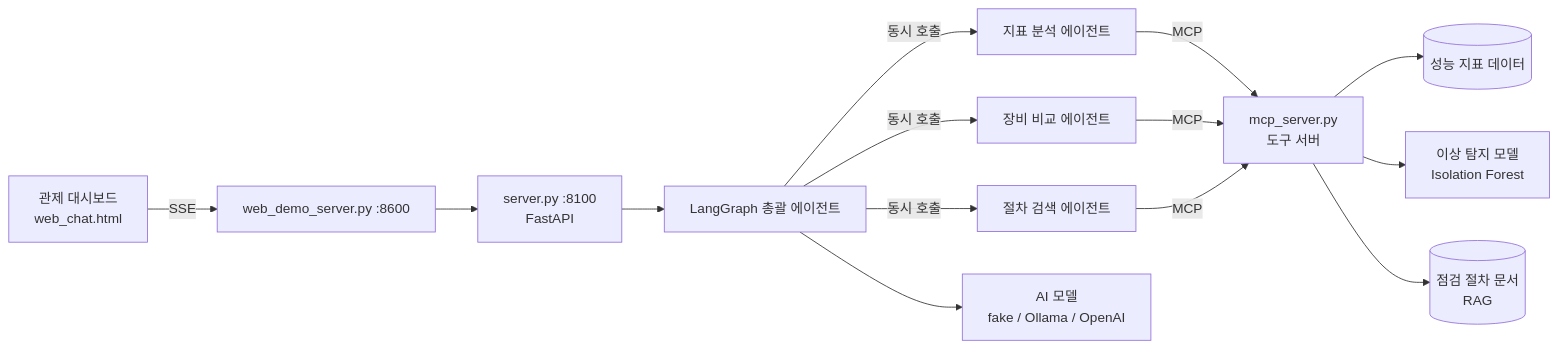
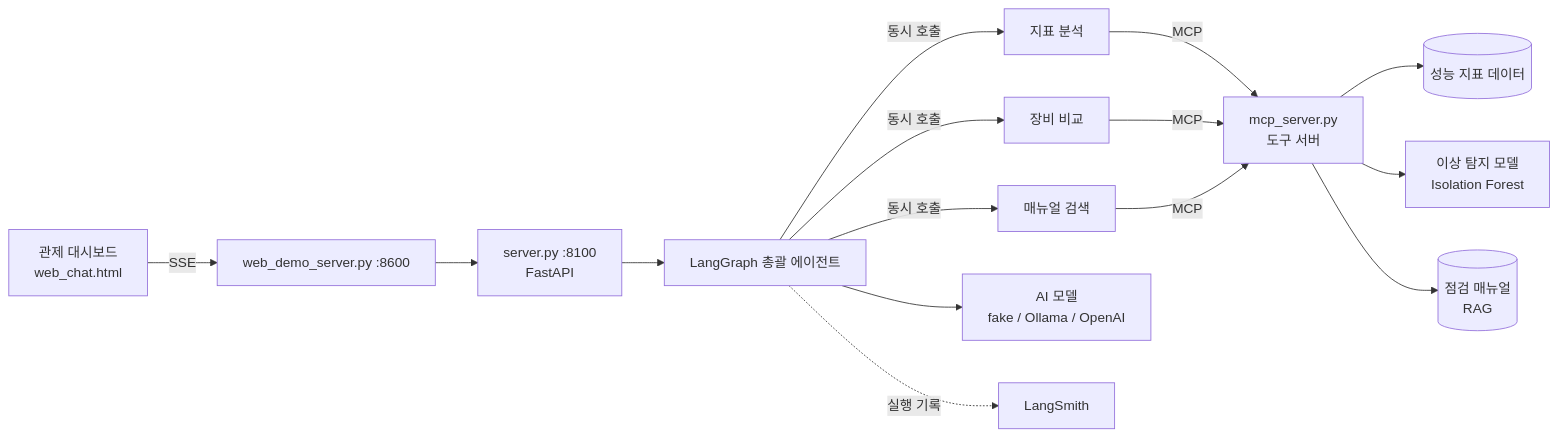
One commit to develop-jw/corewatch-agent-system changed the second of 2 diagrams in README.md. Above: the diagram before and after it, drawn with Mermaid. The commit also changed other lines of this file and 5 other files, not shown here.

````diff
--- a/README.md
+++ b/README.md
@@ -45,14 +117,15 @@
 ```mermaid
 flowchart LR
-    U[관제 대시보드<br/>web_chat.html] -->|SSE| W[web_demo_server.py :8600]
-    W --> S[server.py :8100<br/>FastAPI]
+    U[관제 대시보드<br/>web_chat.html] -->|SSE| WS[web_demo_server.py :8600]
+    WS --> S[server.py :8100<br/>FastAPI]
     S --> G[LangGraph 총괄 에이전트]
-    G -->|동시 호출| A1[지표 분석 에이전트]
-    G -->|동시 호출| A2[장비 비교 에이전트]
-    G -->|동시 호출| A3[절차 검색 에이전트]
+    G -->|동시 호출| A1[지표 분석]
+    G -->|동시 호출| A2[장비 비교]
+    G -->|동시 호출| A3[매뉴얼 검색]
     A1 & A2 & A3 -->|MCP| M[mcp_server.py<br/>도구 서버]
     M --> D[(성능 지표 데이터)]
     M --> ML[이상 탐지 모델<br/>Isolation Forest]
-    M --> R[(점검 절차 문서<br/>RAG)]
+    M --> RB[(점검 매뉴얼<br/>RAG)]
     G --> L[AI 모델<br/>fake / Ollama / OpenAI]
+    G -. 실행 기록 .-> LS[LangSmith]
 ```
````
